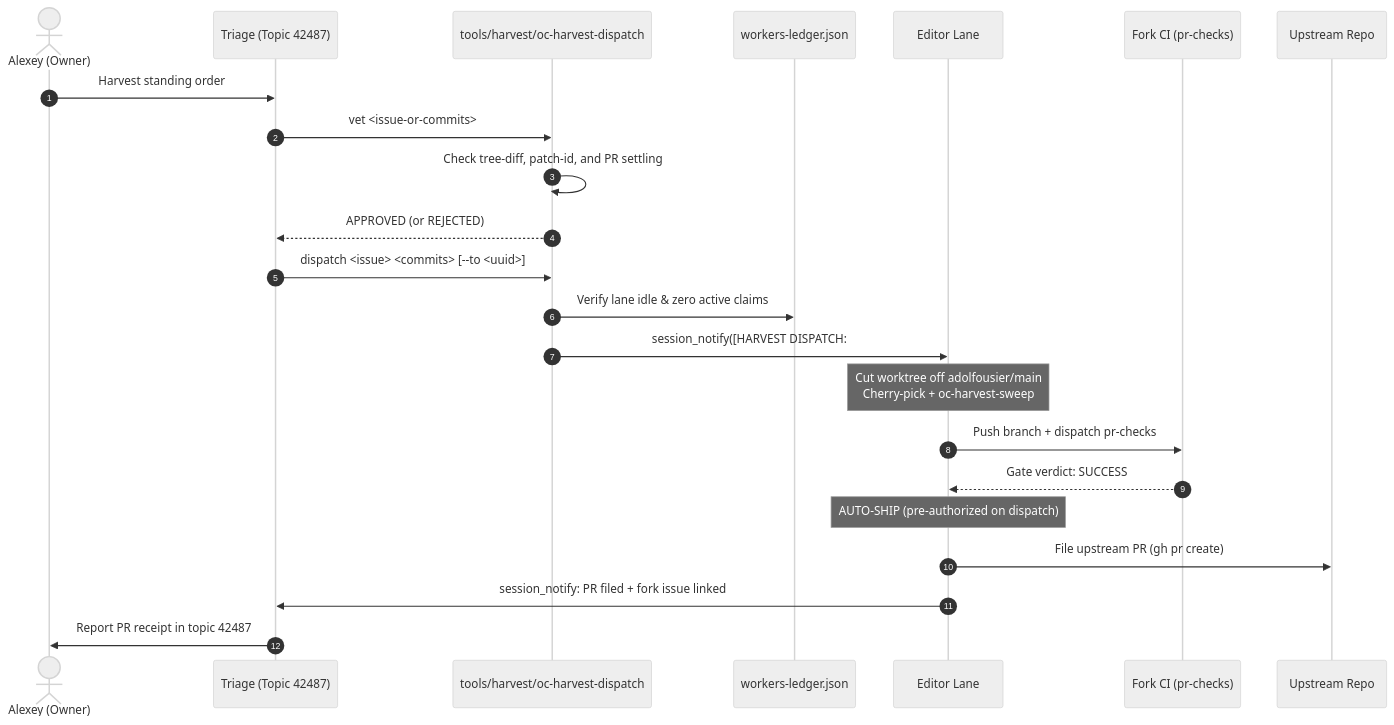
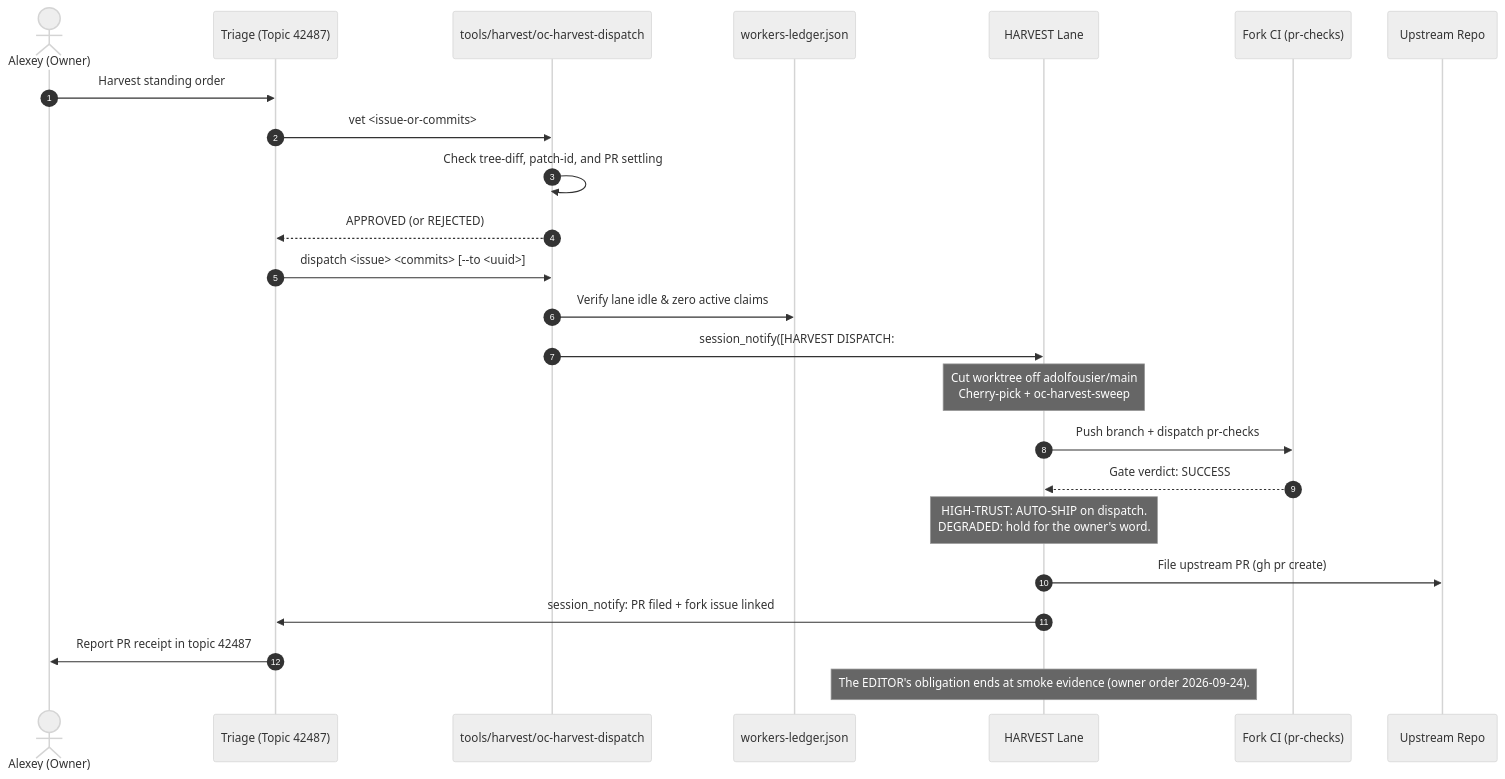
The diagram in upstream-merge-runbook.md (leshchenko1979/opencrabs-dev-factory), drawn with Mermaid (neutral theme) before and after one commit. The commit also changed other lines of this file and 9 other files, not shown here.

````diff
--- a/upstream-merge-runbook.md
+++ b/upstream-merge-runbook.md
@@ -434,26 +438,27 @@
 ```mermaid
 sequenceDiagram
     autonumber
     actor Alexey as Alexey (Owner)
     participant Triage as Triage (Topic 42487)
     participant Tool as tools/harvest/oc-harvest-dispatch
     participant Ledger as workers-ledger.json
-    participant Editor as Editor Lane
+    participant Harvest as HARVEST Lane
     participant ForkCI as Fork CI (pr-checks)
     participant Upstream as Upstream Repo
 
     Alexey->>Triage: Harvest standing order
     Triage->>Tool: vet <issue-or-commits>
     Tool->>Tool: Check tree-diff, patch-id, and PR settling
     Tool-->>Triage: APPROVED (or REJECTED)
     Triage->>Tool: dispatch <issue> <commits> [--to <uuid>]
     Tool->>Ledger: Verify lane idle & zero active claims
-    Tool->>Editor: session_notify([HARVEST DISPATCH: #N])
-    Note over Editor: Cut worktree off adolfousier/main<br/>Cherry-pick + oc-harvest-sweep
-    Editor->>ForkCI: Push branch + dispatch pr-checks
-    ForkCI-->>Editor: Gate verdict: SUCCESS
-    Note over Editor: AUTO-SHIP (pre-authorized on dispatch)
-    Editor->>Upstream: File upstream PR (gh pr create)
-    Editor->>Triage: session_notify: PR filed + fork issue linked
+    Tool->>Harvest: session_notify([HARVEST DISPATCH: #N])
+    Note over Harvest: Cut worktree off adolfousier/main<br/>Cherry-pick + oc-harvest-sweep
+    Harvest->>ForkCI: Push branch + dispatch pr-checks
+    ForkCI-->>Harvest: Gate verdict: SUCCESS
+    Note over Harvest: HIGH-TRUST: AUTO-SHIP on dispatch.<br/>DEGRADED: hold for the owner's word.
+    Harvest->>Upstream: File upstream PR (gh pr create)
+    Harvest->>Triage: session_notify: PR filed + fork issue linked
     Triage->>Alexey: Report PR receipt in topic 42487
+    Note over Harvest: The EDITOR's obligation ends at smoke evidence (owner order 2026-09-24).
 ```
````
